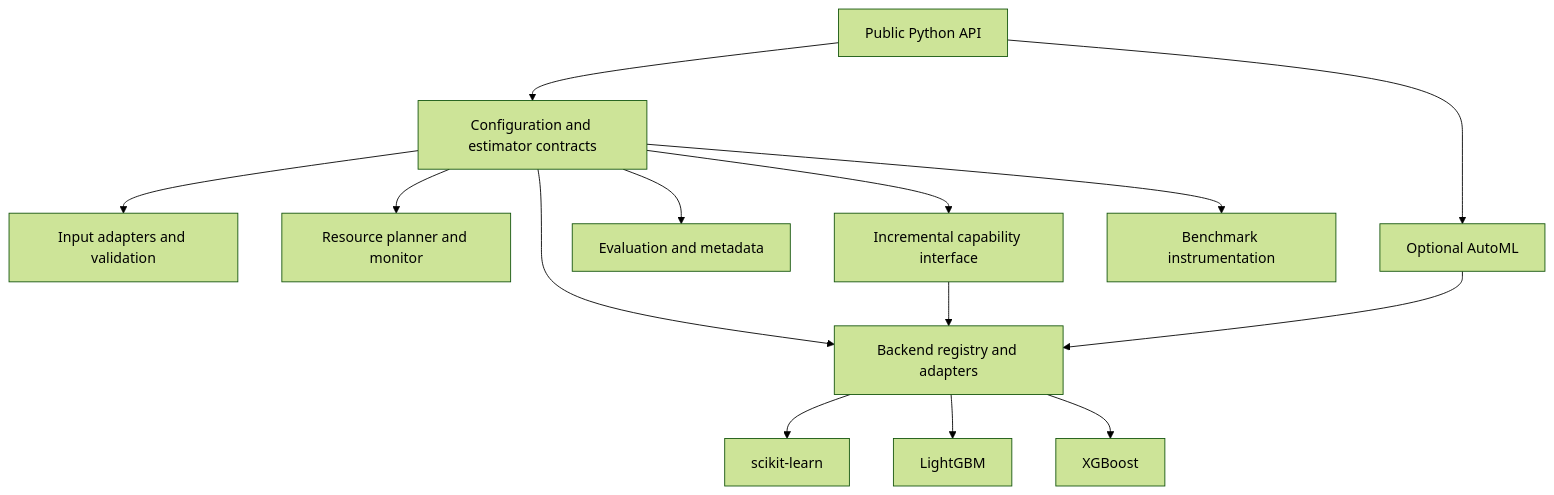
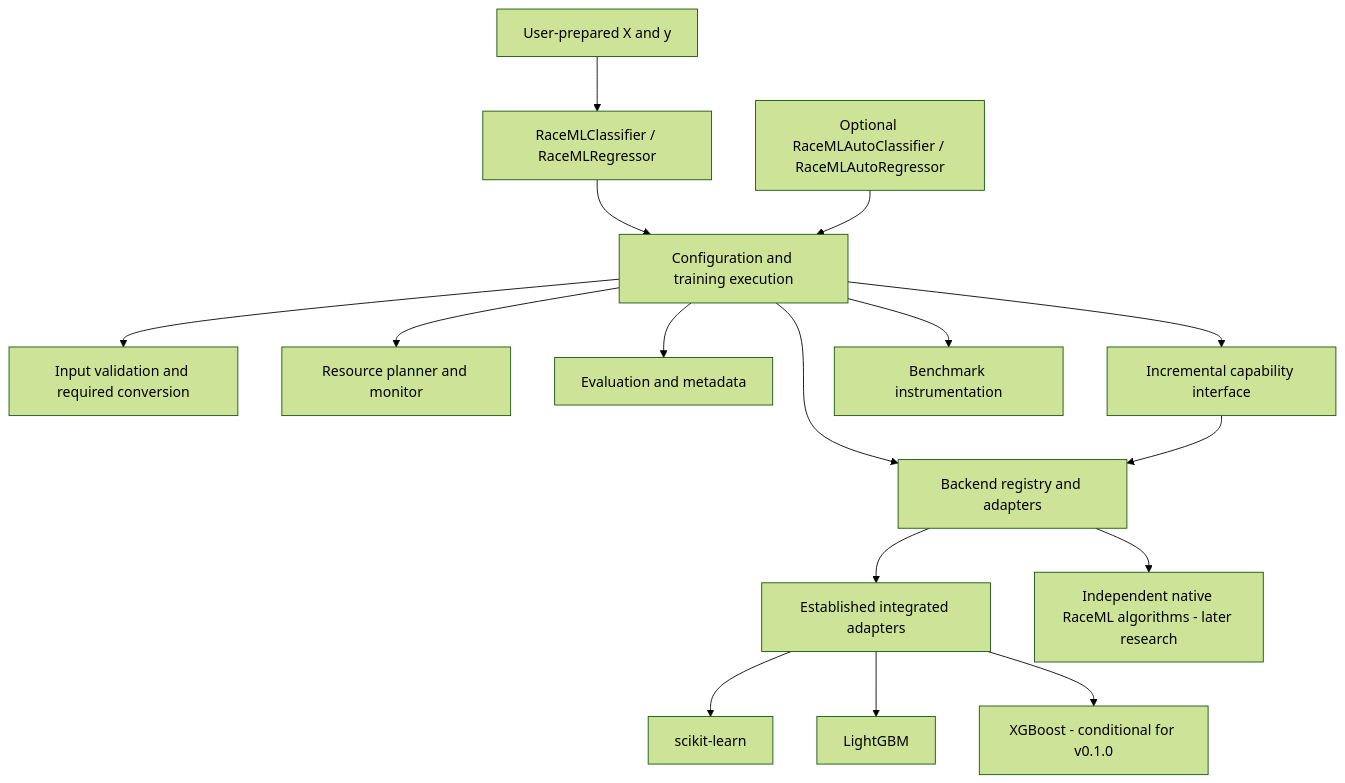
Before and after one commit to timihack/raceml: the diagram in ARCHITECTURE.md, drawn with Mermaid (forest theme). The commit also changed other lines of this file and 11 other files, not shown here.

````diff
--- a/ARCHITECTURE.md
+++ b/ARCHITECTURE.md
@@ -11,16 +11,18 @@
 ```mermaid
 flowchart TD
-    API[Public Python API] --> CORE[Configuration and estimator contracts]
-    API --> AUTO[Optional AutoML]
-    CORE --> DATA[Input adapters and validation]
+    USER[User-prepared X and y] --> API[RaceMLClassifier / RaceMLRegressor]
+    API --> CORE[Configuration and training execution]
+    AUTO[Optional RaceMLAutoClassifier / RaceMLAutoRegressor] --> CORE
+    CORE --> INPUT[Input validation and required conversion]
     CORE --> RESOURCE[Resource planner and monitor]
     CORE --> MODEL[Backend registry and adapters]
     CORE --> EVAL[Evaluation and metadata]
-    MODEL --> SK[scikit-learn]
-    MODEL --> LGB[LightGBM]
-    MODEL --> XGB[XGBoost]
-    AUTO --> MODEL
+    MODEL --> INTEGRATED[Established integrated adapters]
+    INTEGRATED --> SK[scikit-learn]
+    INTEGRATED --> LGB[LightGBM]
+    INTEGRATED --> XGB[XGBoost - conditional for v0.1.0]
+    MODEL --> NATIVE[Independent native RaceML algorithms - later research]
     CORE --> INC[Incremental capability interface]
     INC --> MODEL
     CORE --> BENCH[Benchmark instrumentation]
 ```
````
